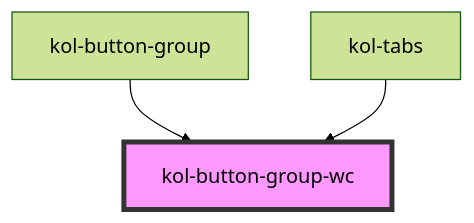
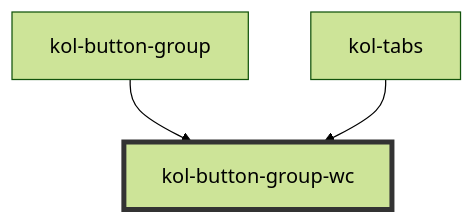
Before and after one commit to public-ui/kolibri: the diagram in packages/components/src/components/button-group/readme.md, drawn with Mermaid (forest theme). The commit also changed 40 other files, not shown here.

````diff
--- a/packages/components/src/components/button-group/readme.md
+++ b/packages/components/src/components/button-group/readme.md
@@ -98,6 +98,6 @@
 ```mermaid
 graph TD;
   kol-button-group --> kol-button-group-wc
   kol-tabs --> kol-button-group-wc
-  style kol-button-group-wc fill:#f9f,stroke:#333,stroke-width:4px
+  style kol-button-group-wc stroke:#333,stroke-width:4px
 ```
````
